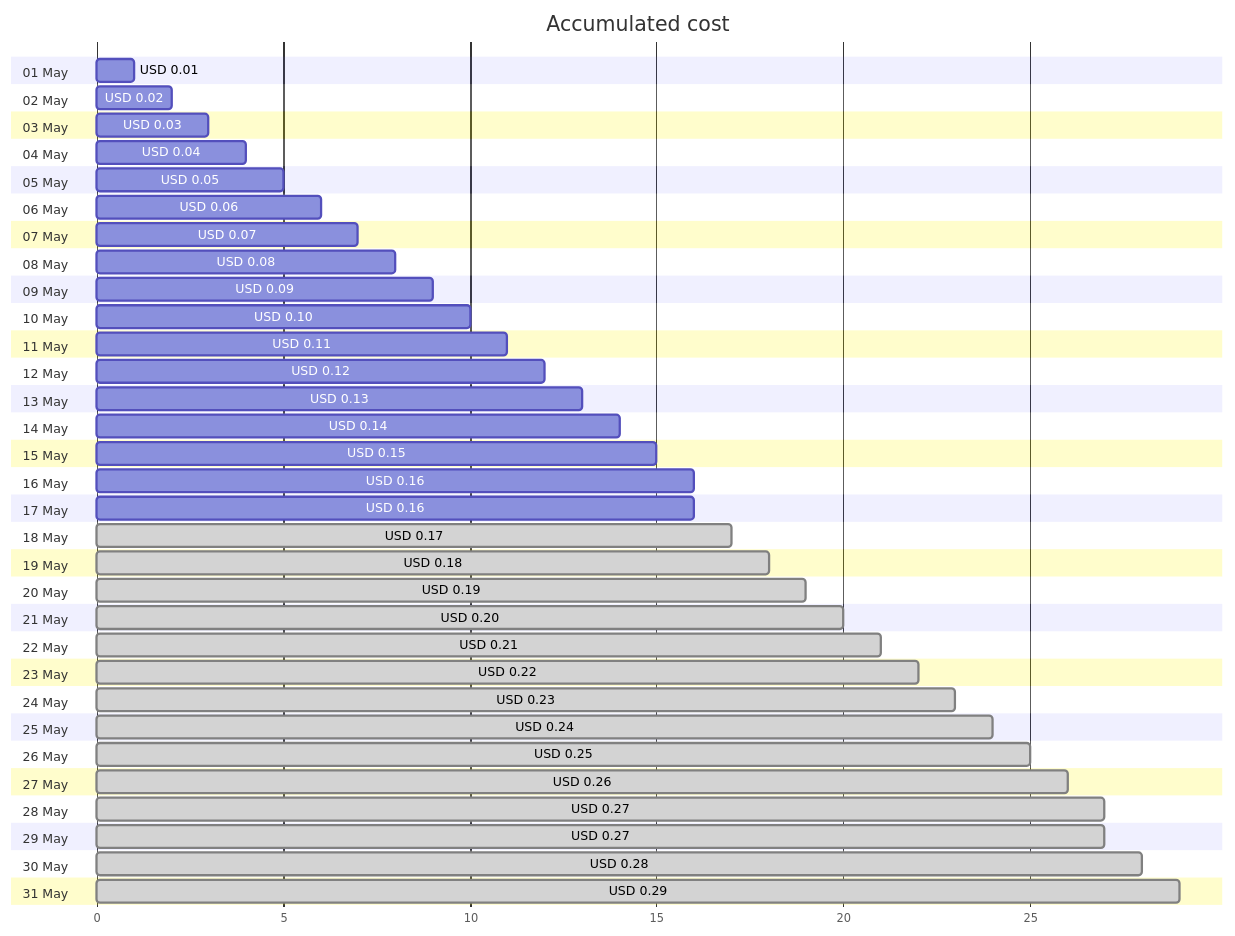
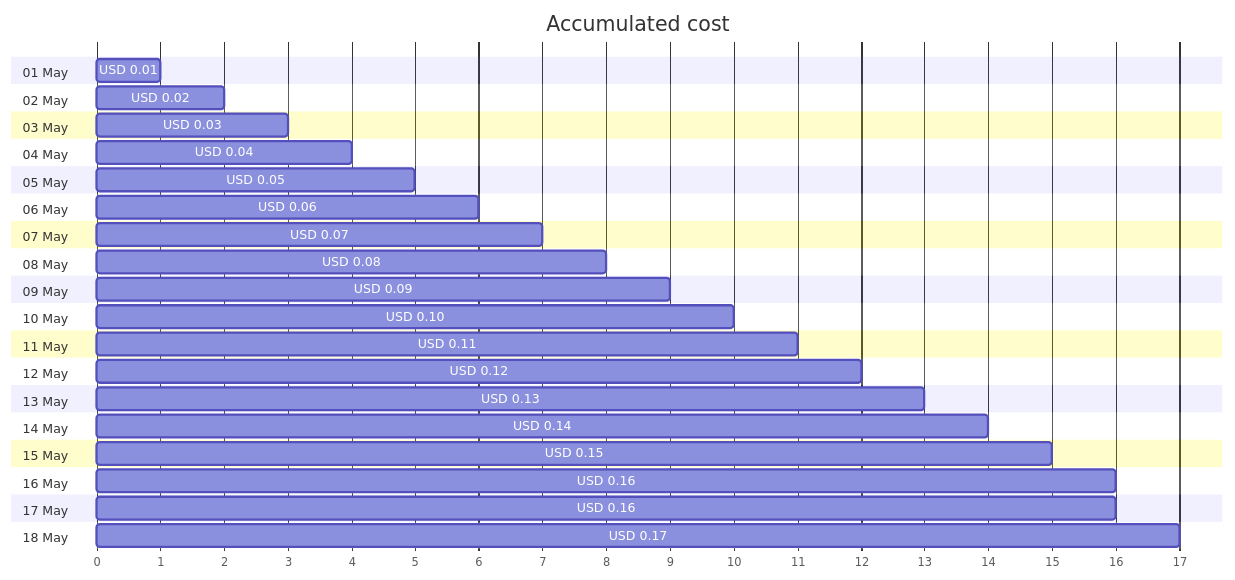
Before and after one commit to jpfulton/azure-personal-reports: the first of 4 diagrams in cost-reports/cloud-shell-storage-eastus/README.md, drawn with Mermaid. The commit also changed other lines of this file and 1 other file, not shown here.

Commit message:
Generated reports [skip ci]

````diff
--- a/cost-reports/cloud-shell-storage-eastus/README.md
+++ b/cost-reports/cloud-shell-storage-eastus/README.md
@@ -20,68 +20,42 @@
 ```mermaid
 gantt
    title Accumulated cost
    dateFormat  X
    axisFormat %s
    section 01 May
    USD 0.01 :0, 1
    section 02 May
    USD 0.02 :0, 2
    section 03 May
    USD 0.03 :0, 3
    section 04 May
    USD 0.04 :0, 4
    section 05 May
    USD 0.05 :0, 5
    section 06 May
    USD 0.06 :0, 6
    section 07 May
    USD 0.07 :0, 7
    section 08 May
    USD 0.08 :0, 8
    section 09 May
    USD 0.09 :0, 9
    section 10 May
    USD 0.10 :0, 10
    section 11 May
    USD 0.11 :0, 11
    section 12 May
    USD 0.12 :0, 12
    section 13 May
    USD 0.13 :0, 13
    section 14 May
    USD 0.14 :0, 14
    section 15 May
    USD 0.15 :0, 15
    section 16 May
    USD 0.16 :0, 16
    section 17 May
    USD 0.16 :0, 16
    section 18 May
-   USD 0.17 : done, 0, 17
-   section 19 May
-   USD 0.18 : done, 0, 18
-   section 20 May
-   USD 0.19 : done, 0, 19
-   section 21 May
-   USD 0.20 : done, 0, 20
-   section 22 May
-   USD 0.21 : done, 0, 21
-   section 23 May
-   USD 0.22 : done, 0, 22
-   section 24 May
-   USD 0.23 : done, 0, 23
-   section 25 May
-   USD 0.24 : done, 0, 24
-   section 26 May
-   USD 0.25 : done, 0, 25
-   section 27 May
-   USD 0.26 : done, 0, 26
-   section 28 May
-   USD 0.27 : done, 0, 27
-   section 29 May
-   USD 0.27 : done, 0, 27
-   section 30 May
-   USD 0.28 : done, 0, 28
-   section 31 May
-   USD 0.29 : done, 0, 29
+   USD 0.17 :0, 17
 ```
````
